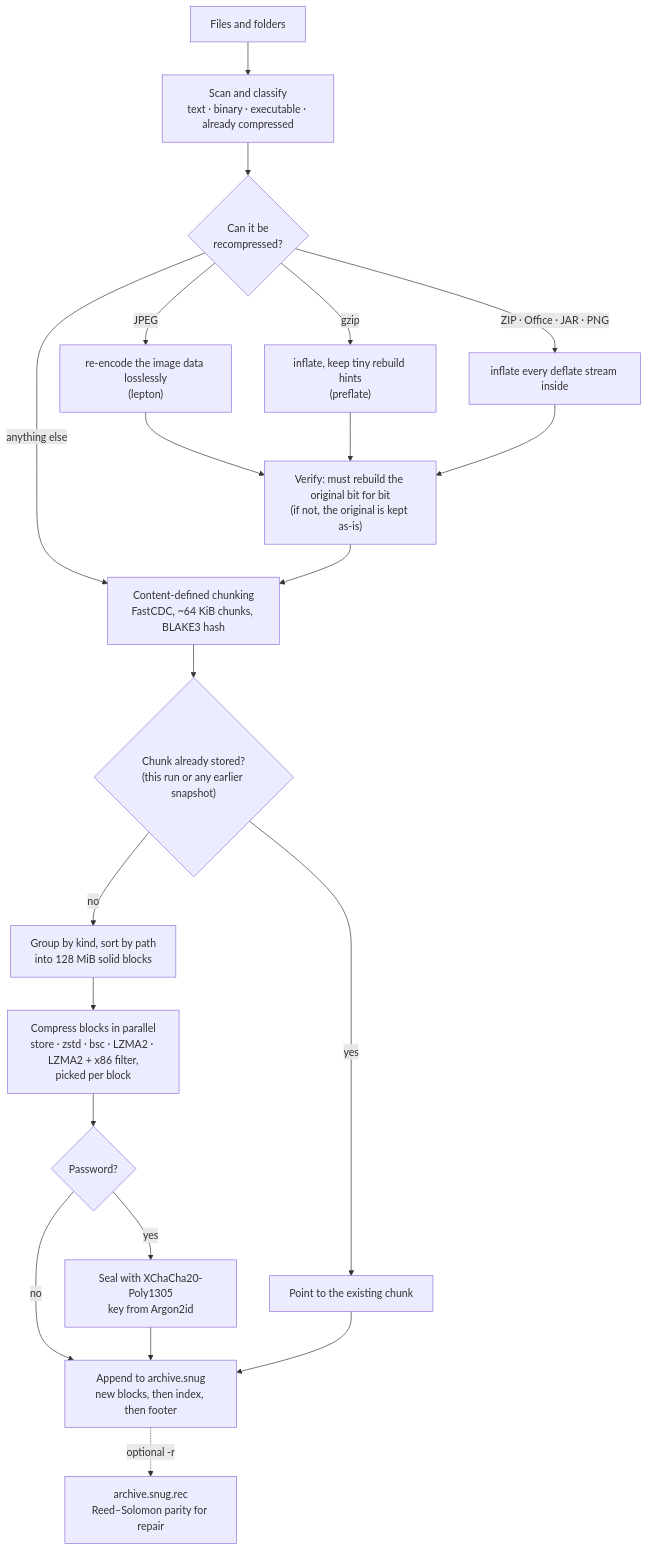
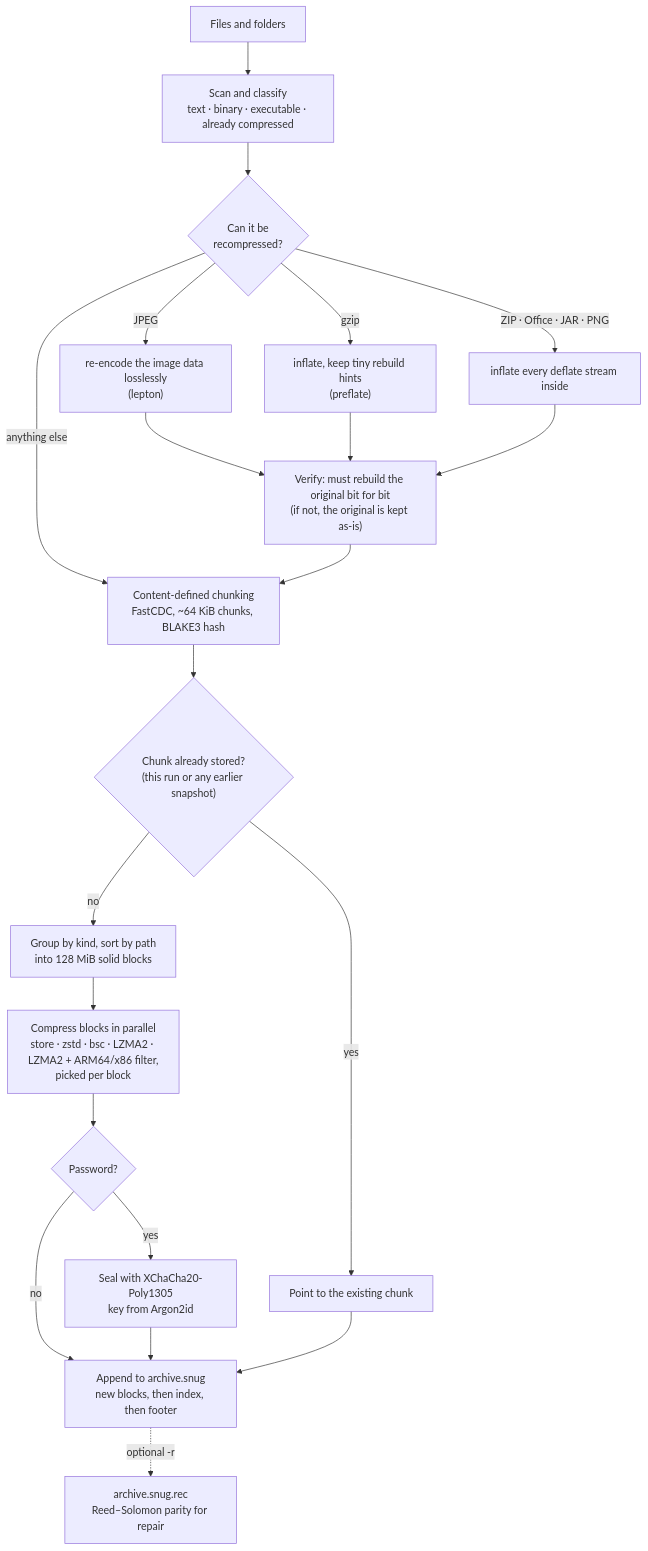
The diagram in README.md (mushfau/snugly), drawn with Mermaid before and after one commit. The commit also changed other lines of this file and 10 other files, not shown here.

````diff
--- a/README.md
+++ b/README.md
@@ -107,21 +107,21 @@
 ```mermaid
 flowchart TD
     IN["Files and folders"] --> SCAN["Scan and classify<br/>text · binary · executable · already compressed"]
     SCAN --> RC{"Can it be<br/>recompressed?"}
     RC -->|JPEG| J["re-encode the image data losslessly<br/>(lepton)"]
     RC -->|gzip| G["inflate, keep tiny rebuild hints<br/>(preflate)"]
     RC -->|"ZIP · Office · JAR · PNG"| Z["inflate every deflate stream inside"]
     RC -->|anything else| CDC
     J & G & Z --> V["Verify: must rebuild the original bit for bit<br/>(if not, the original is kept as-is)"]
     V --> CDC
     CDC["Content-defined chunking<br/>FastCDC, ~64 KiB chunks, BLAKE3 hash"] --> DD{"Chunk already stored?<br/>(this run or any earlier snapshot)"}
     DD -->|yes| REF["Point to the existing chunk"]
     DD -->|no| GRP["Group by kind, sort by path<br/>into 128 MiB solid blocks"]
-    GRP --> CODEC["Compress blocks in parallel<br/>store · zstd · bsc · LZMA2 · LZMA2 + x86 filter,<br/>picked per block"]
+    GRP --> CODEC["Compress blocks in parallel<br/>store · zstd · bsc · LZMA2 · LZMA2 + ARM64/x86 filter,<br/>picked per block"]
     CODEC --> ENC{"Password?"}
     ENC -->|yes| SEAL["Seal with XChaCha20-Poly1305<br/>key from Argon2id"]
     ENC -->|no| OUT
     SEAL --> OUT
     REF --> OUT["Append to archive.snug<br/>new blocks, then index, then footer"]
     OUT -.->|"optional -r"| REC["archive.snug.rec<br/>Reed–Solomon parity for repair"]
 ```
````
